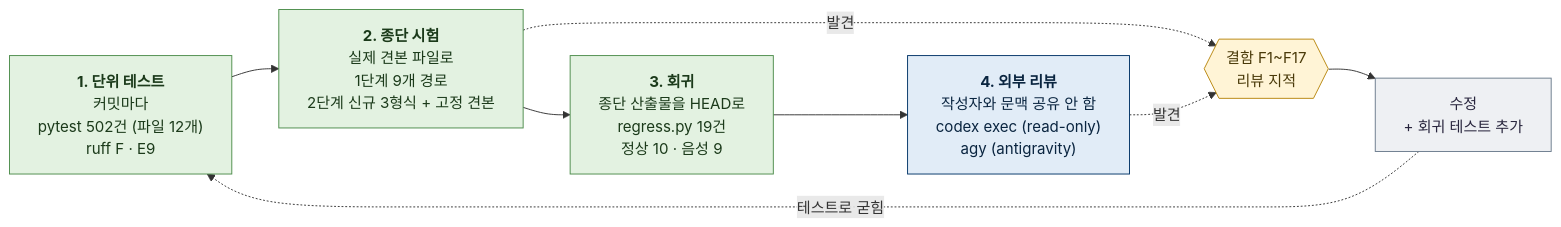
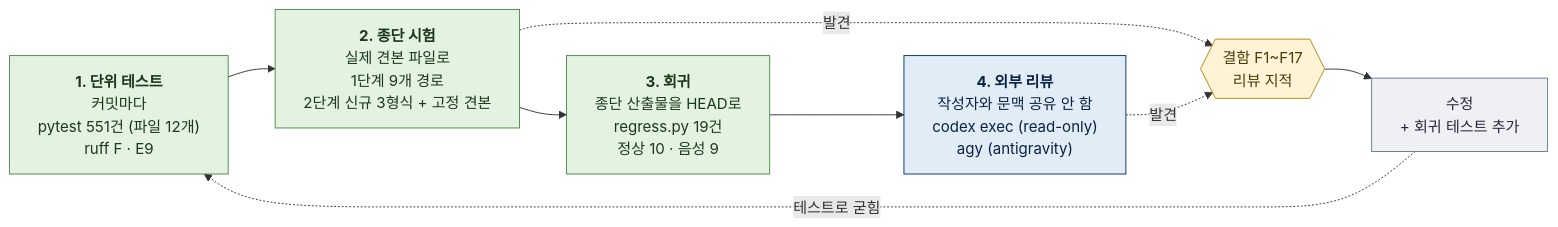
The diagram in docu-writer/docs/diagrams/quality-layers.mmd (yarang/skills-for-work), drawn with Mermaid before and after one commit. The commit also changed 25 other files, not shown here.

```diff
--- a/docu-writer/docs/diagrams/quality-layers.mmd
+++ b/docu-writer/docs/diagrams/quality-layers.mmd
@@ -1,23 +1,23 @@
 %% 개발 품질은 네 겹으로 지킨다: 단위 테스트, 실제 파일로 도는 종단 시험, 그 산출물을 HEAD 코드로 다시 돌리는 회귀, 외부 모델 리뷰. 찾은 결함은 고친 뒤 테스트로 굳힌다
 %%{init: {"flowchart": {"wrappingWidth": 360}}}%%
 flowchart LR
-  T1["<b>1. 단위 테스트</b><br/>커밋마다<br/>pytest 502건 (파일 12개)<br/>ruff F · E9"]
+  T1["<b>1. 단위 테스트</b><br/>커밋마다<br/>pytest 551건 (파일 12개)<br/>ruff F · E9"]
   E1["<b>2. 종단 시험</b><br/>실제 견본 파일로<br/>1단계 9개 경로<br/>2단계 신규 3형식 + 고정 견본"]
   G1["<b>3. 회귀</b><br/>종단 산출물을 HEAD로<br/>regress.py 19건<br/>정상 10 · 음성 9"]
   X1["<b>4. 외부 리뷰</b><br/>작성자와 문맥 공유 안 함<br/>codex exec (read-only)<br/>agy (antigravity)"]
   F{{"결함 F1~F17<br/>리뷰 지적"}}
   FIX["수정<br/>+ 회귀 테스트 추가"]
   T1 --> E1 --> G1 --> X1
   E1 -.->|발견| F
   X1 -.->|발견| F
   F --> FIX
   FIX -.->|테스트로 굳힘| T1
 
   classDef done fill:#E3F2E1,stroke:#4C8C4A,color:#1B3A1A
   classDef agent fill:#E1ECF7,stroke:#003366,color:#0A2540
   classDef gate fill:#FFF4D6,stroke:#B8860B,color:#4A3A0A
   classDef main fill:#EEF0F3,stroke:#6B7B8C,color:#28253D
   class T1,E1,G1 done
   class X1 agent
   class F gate
   class FIX main
```
